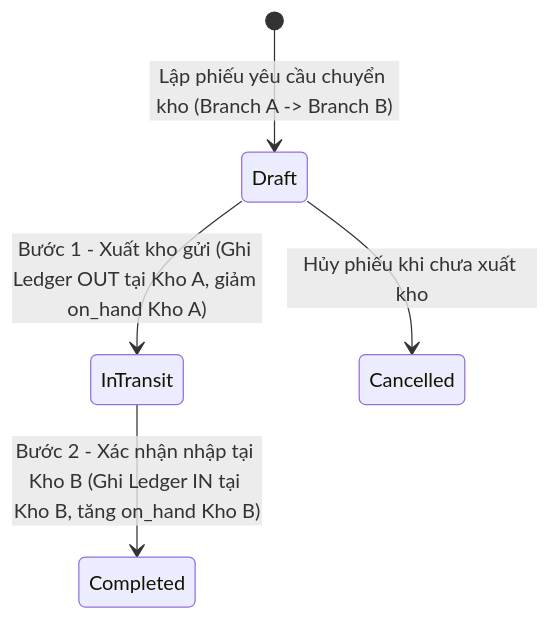
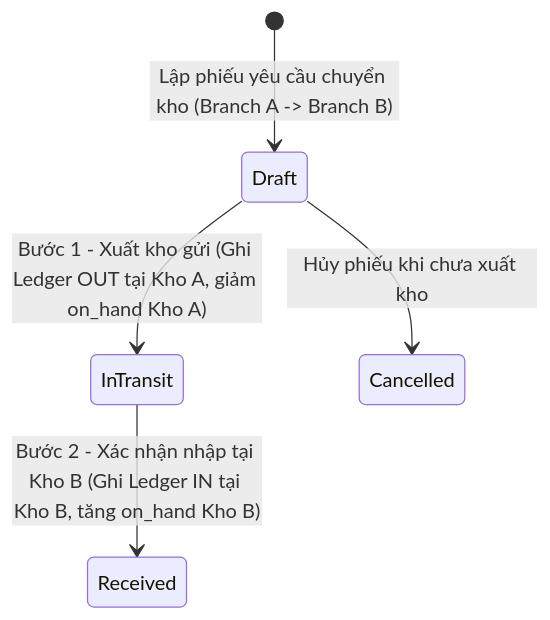
The third of 3 diagrams in docs/04-architecture-and-design/04-state-machines.md (khoalvd839764-netizen/OISMS), drawn with Mermaid before and after one commit. The commit also changed 64 other files, not shown here.

````diff
--- a/docs/04-architecture-and-design/04-state-machines.md
+++ b/docs/04-architecture-and-design/04-state-machines.md
@@ -48,7 +48,7 @@
 ```mermaid
 stateDiagram-v2
     [*] --> Draft : Lập phiếu yêu cầu chuyển kho (Branch A -> Branch B)
     Draft --> InTransit : Bước 1 - Xuất kho gửi (Ghi Ledger OUT tại Kho A, giảm on_hand Kho A)
-    InTransit --> Completed : Bước 2 - Xác nhận nhập tại Kho B (Ghi Ledger IN tại Kho B, tăng on_hand Kho B)
+    InTransit --> Received : Bước 2 - Xác nhận nhập tại Kho B (Ghi Ledger IN tại Kho B, tăng on_hand Kho B)
     Draft --> Cancelled : Hủy phiếu khi chưa xuất kho
 ```
````
